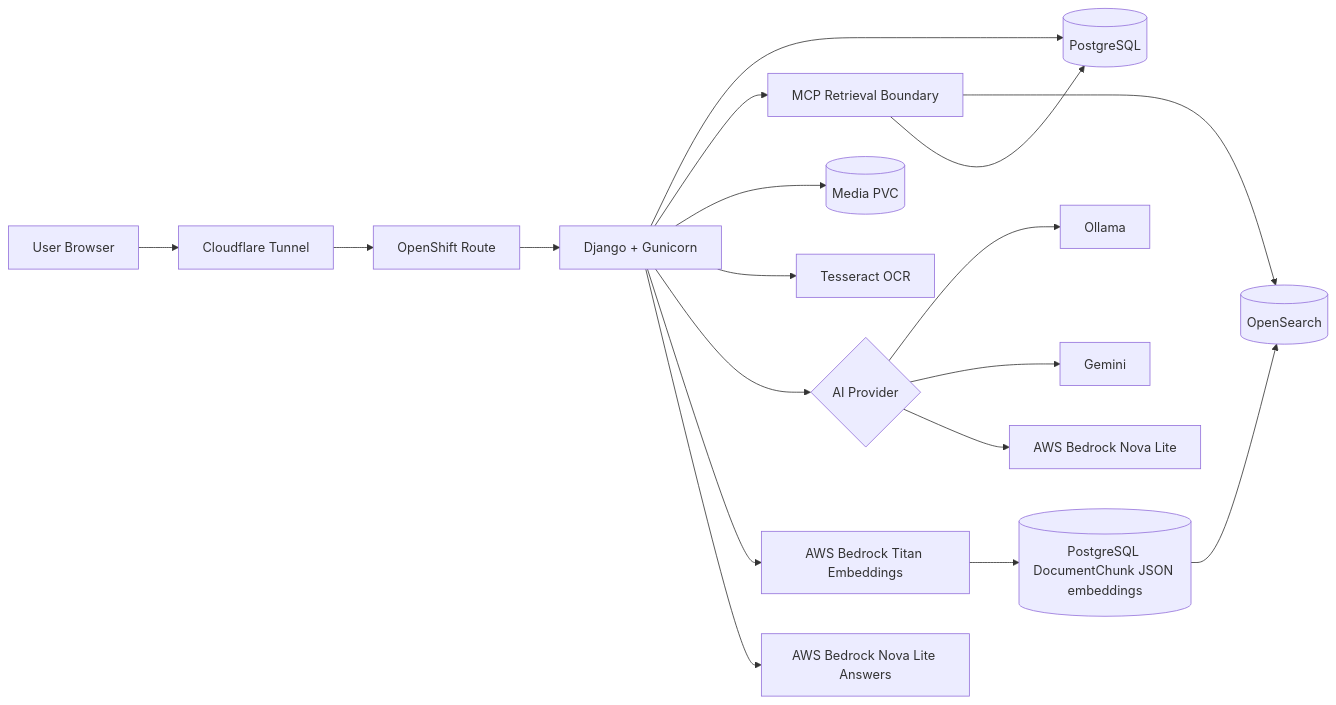
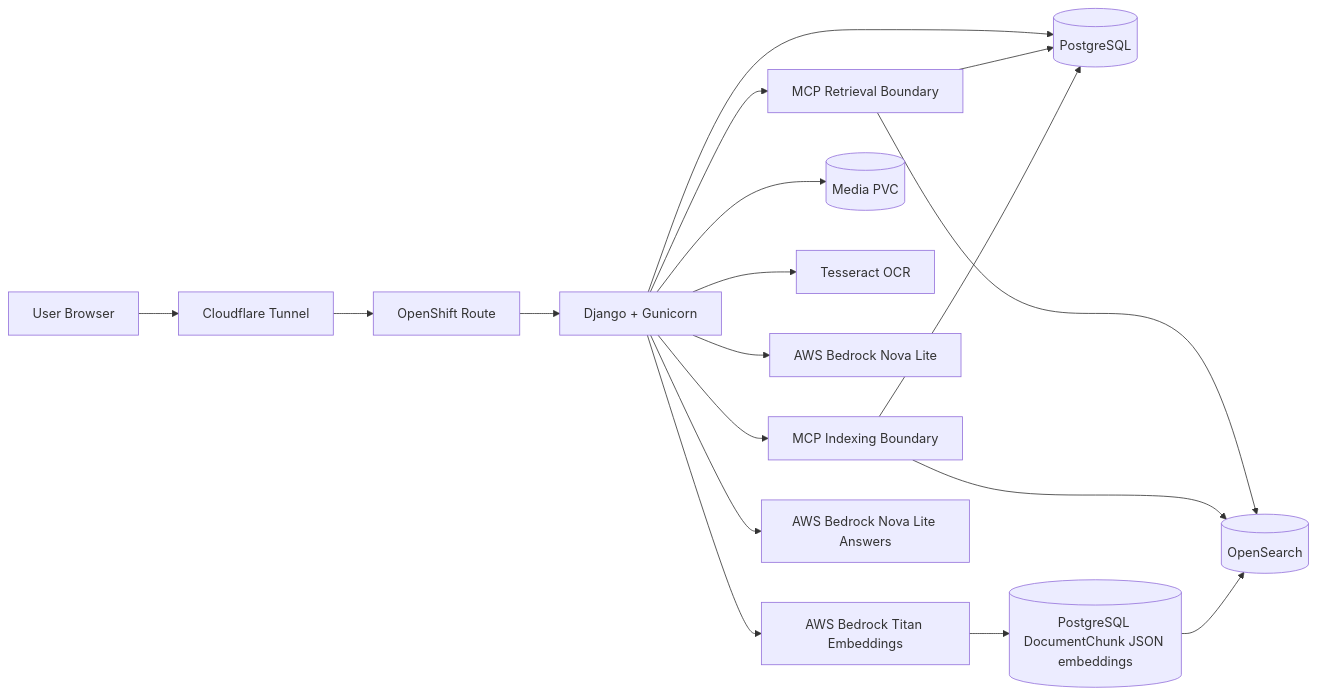
Before and after one commit to khaliqueaws-creator/document-management: the diagram in README.md, drawn with Mermaid. The commit also changed other lines of this file and 6 other files, not shown here.

Commit message:
Align docs with MCP architecture

````diff
--- a/README.md
+++ b/README.md
@@ -25,24 +25,24 @@
 ```mermaid
 flowchart LR
     Browser[User Browser] --> Cloudflare[Cloudflare Tunnel]
     Cloudflare --> OpenShift[OpenShift Route]
     OpenShift --> Django[Django + Gunicorn]
 
     Django --> PostgreSQL[(PostgreSQL)]
-    Django --> MCP[MCP Retrieval Boundary]
-    MCP --> OpenSearch[(OpenSearch)]
-    MCP --> PostgreSQL
+    Django --> RetrievalMCP[MCP Retrieval Boundary]
+    Django --> IndexingMCP[MCP Indexing Boundary]
+    RetrievalMCP --> OpenSearch[(OpenSearch)]
+    RetrievalMCP --> PostgreSQL
+    IndexingMCP --> OpenSearch
+    IndexingMCP --> PostgreSQL
     Django --> Storage[(Media PVC)]
 
     Django --> OCR[Tesseract OCR]
 
-    Django --> AI{AI Provider}
-    AI --> Ollama[Ollama]
-    AI --> Gemini[Gemini]
-    AI --> Bedrock[AWS Bedrock Nova Lite]
+    Django --> Bedrock[AWS Bedrock Nova Lite]
 
     Django --> Embeddings[AWS Bedrock Titan Embeddings]
     Embeddings --> Chunks[(PostgreSQL DocumentChunk JSON embeddings)]
     Chunks --> OpenSearch
     Django --> BedrockAnswer[AWS Bedrock Nova Lite Answers]
 ```
````
